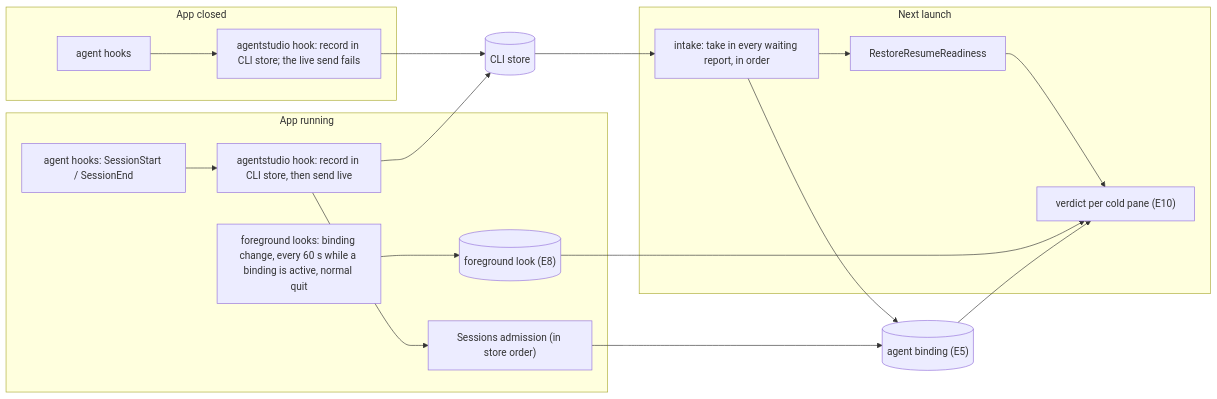
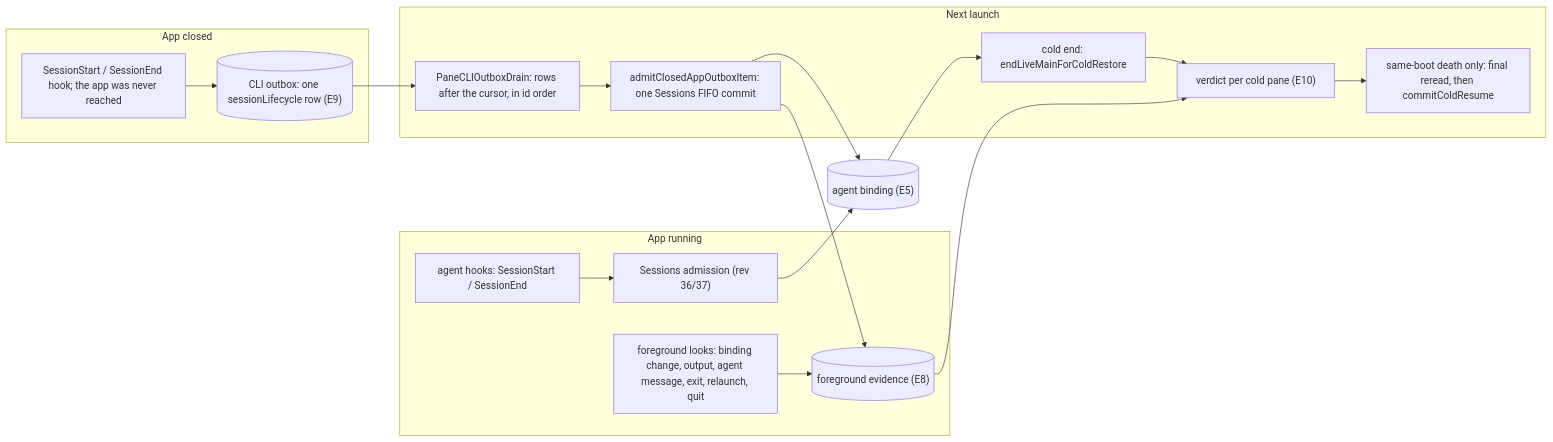
The diagram in docs/specs/2026-09-28-session-restore/2026-09-28-session-restore-program-design.md (getagentstudio/agentstudio), drawn with Mermaid before and after one commit. The commit also changed other lines of this file and 1 other file, not shown here.

First line of the commit message:
Session restore R3: adopt Program Design rev 28 and Specification rev 11

````diff
--- a/docs/specs/2026-09-28-session-restore/2026-09-28-session-restore-program-design.md
+++ b/docs/specs/2026-09-28-session-restore/2026-09-28-session-restore-program-design.md
@@ -193,22 +251,21 @@
 ```mermaid
 flowchart LR
   subgraph running["App running"]
-    H1["agent hooks: SessionStart / SessionEnd"] --> CLI1["agentstudio hook: record in CLI store, then send live"]
-    CLI1 --> ADM["Sessions admission (in store order)"]
-    LOOK["foreground looks: binding change, every 60 s while a binding is active, normal quit"] --> OBS[("foreground look (E8)")]
+    H1["agent hooks: SessionStart / SessionEnd"] --> ADM["Sessions admission (rev 36/37)"]
+    LOOK["foreground looks: binding change, output, agent message, exit, relaunch, quit"] --> EV[("foreground evidence (E8)")]
   end
   subgraph closed["App closed"]
-    H2["agent hooks"] --> CLI2["agentstudio hook: record in CLI store; the live send fails"]
+    H2["SessionStart / SessionEnd hook; the app was never reached"] --> OUT[("CLI outbox: one sessionLifecycle row (E9)")]
   end
   subgraph launch["Next launch"]
-    DRAIN["intake: take in every waiting report, in order"] --> READY["RestoreResumeReadiness"]
-    READY --> VERDICT["verdict per cold pane (E10)"]
-    OBS --> VERDICT
+    DRAIN["PaneCLIOutboxDrain: rows after the cursor, in id order"] --> FIFO["admitClosedAppOutboxItem: one Sessions FIFO commit"]
+    FIFO --> EV
+    COLD["cold end: endLiveMainForColdRestore"] --> VERDICT["verdict per cold pane (E10)"]
+    EV --> VERDICT
+    VERDICT --> B1["same-boot death only: final reread, then commitColdResume"]
   end
   ADM --> BIND[("agent binding (E5)")]
-  CLI2 --> STORE[("CLI store")]
-  CLI1 --> STORE
-  STORE --> DRAIN
-  DRAIN --> BIND
-  BIND --> VERDICT
+  FIFO --> BIND
+  OUT --> DRAIN
+  BIND --> COLD
 ```
````
